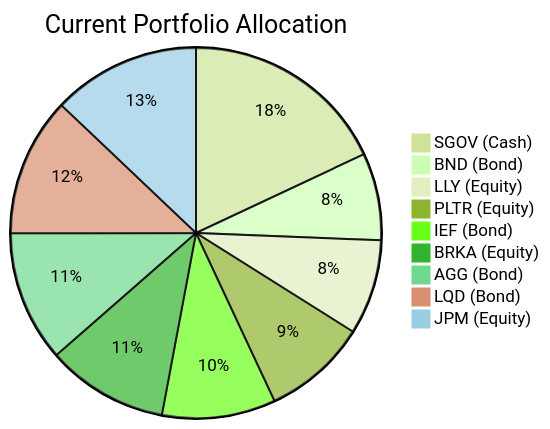
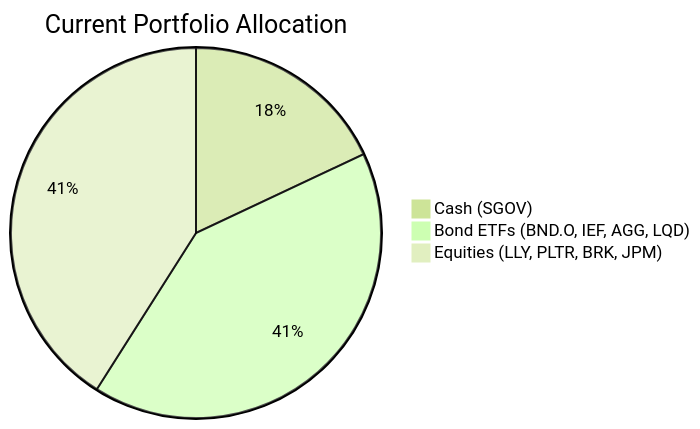
The first of 2 diagrams in docs/sample outputs/client_product_fit_analysis_zw-4.md (roger249/Bot-collaboration), drawn with Mermaid (forest theme) before and after one commit. The commit also changed other lines of this file and 16 other files, not shown here.

````diff
--- a/docs/sample outputs/client_product_fit_analysis_zw-4.md
+++ b/docs/sample outputs/client_product_fit_analysis_zw-4.md
@@ -47,12 +42,6 @@
 ```mermaid
 pie title Current Portfolio Allocation
-    "SGOV (Cash)" : 18.0
-    "BND (Bond)" : 7.6
-    "LLY (Equity)" : 8.3
-    "PLTR (Equity)" : 9.1
-    "IEF (Bond)" : 9.9
-    "BRKA (Equity)" : 10.6
-    "AGG (Bond)" : 11.4
-    "LQD (Bond)" : 12.1
-    "JPM (Equity)" : 12.9
+    "Cash (SGOV)" : 18
+    "Bond ETFs (BND.O, IEF, AGG, LQD)" : 41
+    "Equities (LLY, PLTR, BRK, JPM)" : 41
 ```
````
